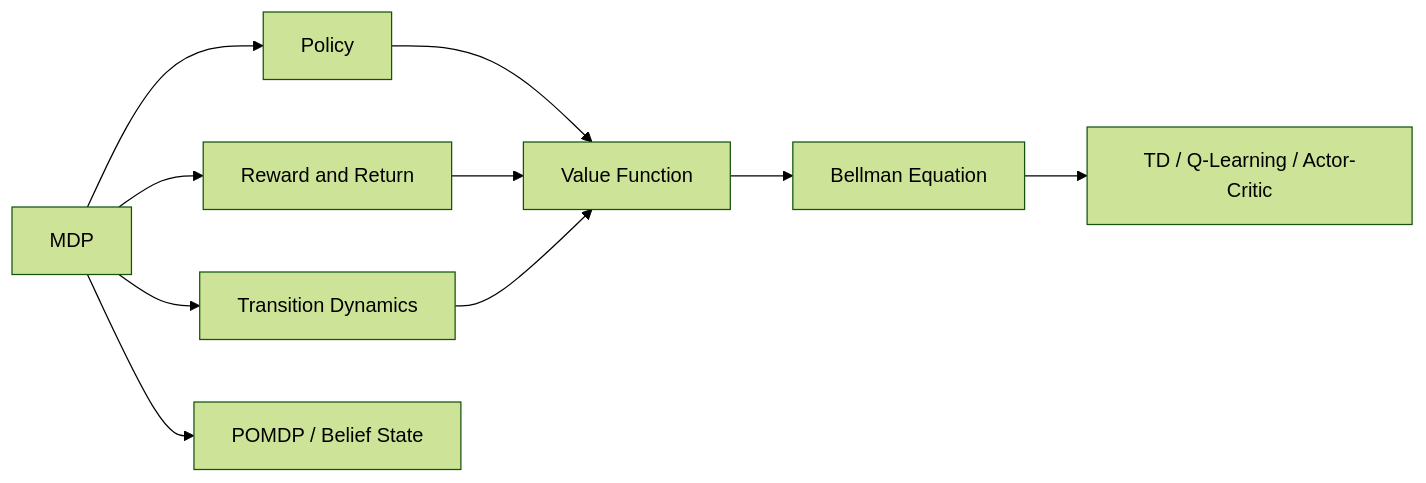
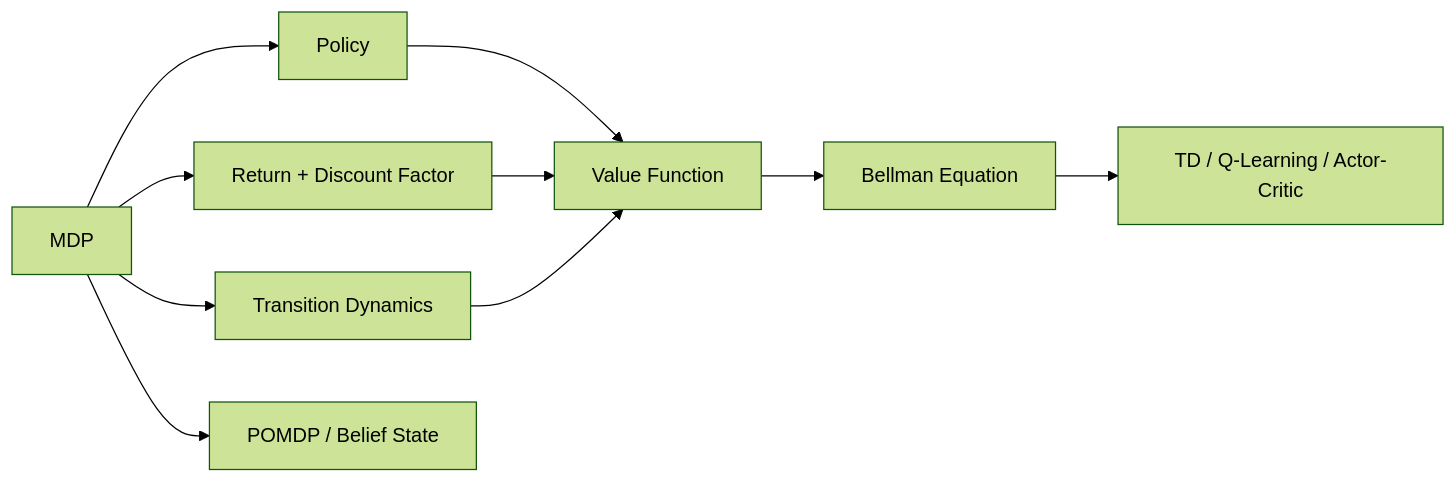
The ninth of 9 diagrams in KNOWLEDGE_GRAPH.md (hundredthtree-OvO/EmbodiedCard), drawn with Mermaid (forest theme) before and after one commit. The commit also changed other lines of this file and 5 other files, not shown here.

````diff
--- a/KNOWLEDGE_GRAPH.md
+++ b/KNOWLEDGE_GRAPH.md
@@ -120,12 +120,12 @@
 ```mermaid
 flowchart LR
     M["MDP"] --> P["Policy"]
-    M --> R["Reward and Return"]
+    M --> R["Return + Discount Factor"]
     M --> T["Transition Dynamics"]
     P --> V["Value Function"]
     R --> V
     T --> V
     V --> B["Bellman Equation"]
     B --> L["TD / Q-Learning / Actor-Critic"]
     M --> O["POMDP / Belief State"]
 ```
````
